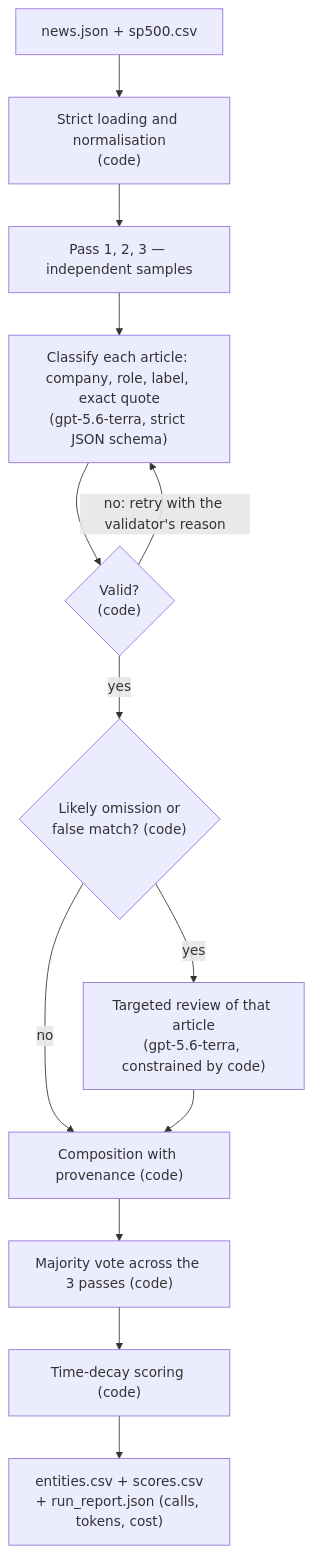
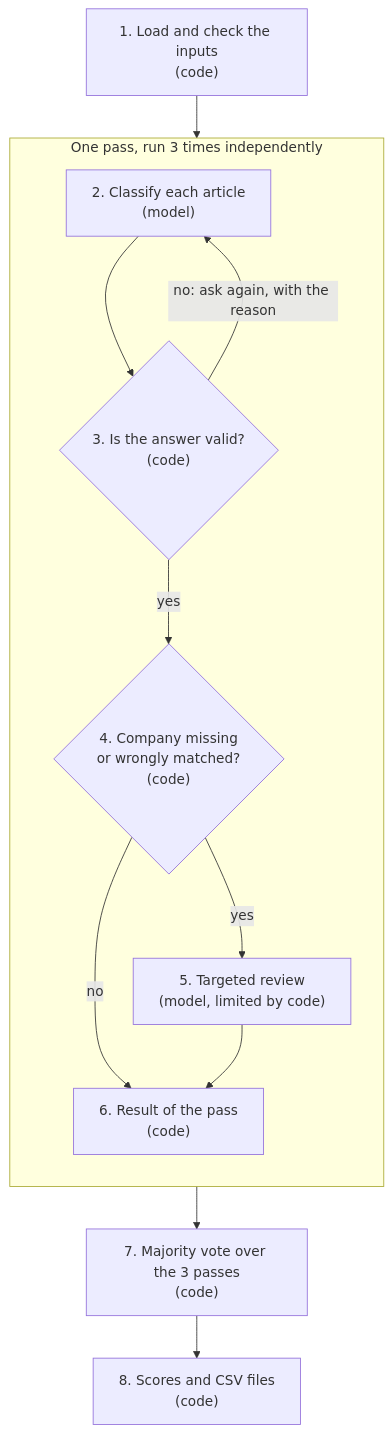
One commit to sonalain077/Whitehole_project changed the first of 2 diagrams in ARCHITECTURE.md. Above: the diagram before and after it, drawn with Mermaid. The commit also changed other lines of this file, not shown here.

First line of the commit message:
Explain each pipeline step with a worked example

````diff
--- a/ARCHITECTURE.md
+++ b/ARCHITECTURE.md
@@ -5,15 +9,15 @@
 ```mermaid
 flowchart TD
-    IN["news.json + sp500.csv"] --> LOAD["Strict loading and normalisation<br/>(code)"]
-    LOAD --> PASS["Pass 1, 2, 3 — independent samples"]
-    PASS --> LLM["Classify each article: company, role, label, exact quote<br/>(gpt-5.6-terra, strict JSON schema)"]
-    LLM --> VAL{"Valid?<br/>(code)"}
-    VAL -- "no: retry with the validator's reason" --> LLM
-    VAL -- yes --> ALERT{"Likely omission or<br/>false match? (code)"}
-    ALERT -- yes --> REV["Targeted review of that article<br/>(gpt-5.6-terra, constrained by code)"]
-    ALERT -- no --> COMP["Composition with provenance (code)"]
-    REV --> COMP
-    COMP --> VOTE["Majority vote across the 3 passes (code)"]
-    VOTE --> SCORE["Time-decay scoring (code)"]
-    SCORE --> OUT["entities.csv + scores.csv<br/>+ run_report.json (calls, tokens, cost)"]
+    A["1. Load and check the inputs<br/>(code)"] --> P
+    subgraph P["One pass, run 3 times independently"]
+        direction TB
+        B["2. Classify each article<br/>(model)"] --> C{"3. Is the answer valid?<br/>(code)"}
+        C -- "no: ask again, with the reason" --> B
+        C -- "yes" --> D{"4. Company missing<br/>or wrongly matched?<br/>(code)"}
+        D -- "yes" --> E["5. Targeted review<br/>(model, limited by code)"]
+        D -- "no" --> F["6. Result of the pass<br/>(code)"]
+        E --> F
+    end
+    P --> G["7. Majority vote over the 3 passes<br/>(code)"]
+    G --> H["8. Scores and CSV files<br/>(code)"]
 ```
````
